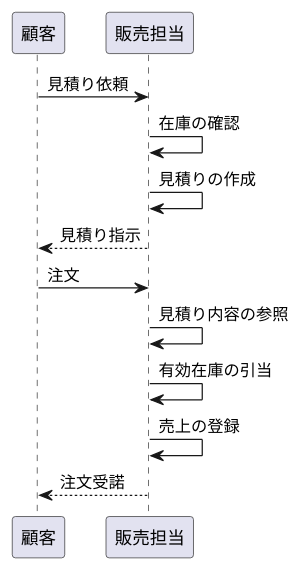
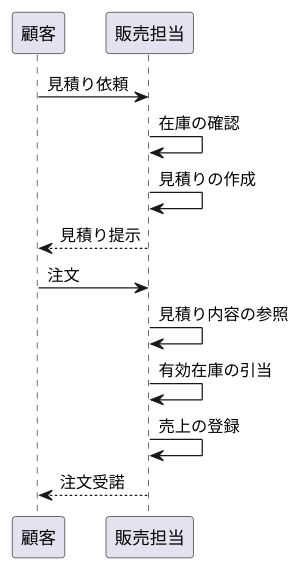
Before and after one commit to k2works/etude_for_rails: the third of 7 diagrams in docs/dev/sales_modeling/sales.md, drawn with PlantUML. The commit also changed 15 other files, not shown here.

````diff
--- a/docs/dev/sales_modeling/sales.md
+++ b/docs/dev/sales_modeling/sales.md
@@ -81,11 +81,11 @@
 ```puml
 顧客 -> 販売担当 :見積り依頼
 販売担当 -> 販売担当 :在庫の確認
 販売担当 -> 販売担当 :見積りの作成
-販売担当 --> 顧客 :見積り指示
+販売担当 --> 顧客 :見積り提示
 顧客 -> 販売担当 :注文
 販売担当 -> 販売担当 :見積り内容の参照
 販売担当 -> 販売担当 :有効在庫の引当
 販売担当 -> 販売担当 :売上の登録
 販売担当 --> 顧客 :注文受諾
 ```
````
